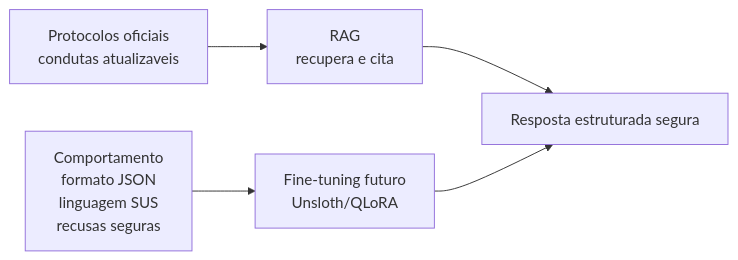
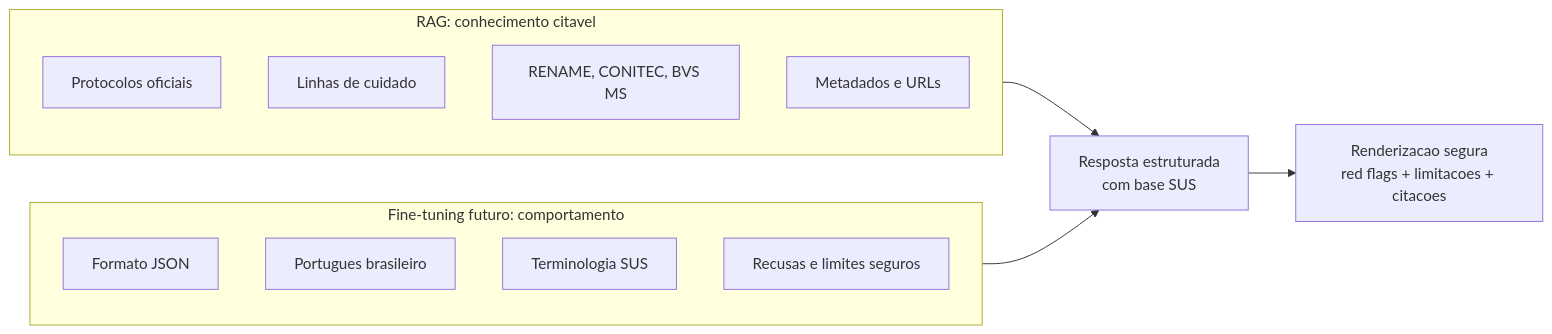
One commit to djairofilho/sus-gemma4 changed the fifth of 6 diagrams in README.md. Above: the diagram before and after it, drawn with Mermaid. The commit also changed other lines of this file, not shown here.

First line of the commit message:
docs(readme): clarify project audience and architecture

````diff
--- a/README.md
+++ b/README.md
@@ -98,7 +238,20 @@
 ```mermaid
 flowchart LR
-  A[Protocolos oficiais\ncondutas atualizaveis] --> RAG[RAG\nrecupera e cita]
-  B[Comportamento\nformato JSON\nlinguagem SUS\nrecusas seguras] --> FT[Fine-tuning futuro\nUnsloth/QLoRA]
-  RAG --> OUT[Resposta estruturada segura]
-  FT --> OUT
+  subgraph RAGUse[RAG: conhecimento citavel]
+    P1[Protocolos oficiais]
+    P2[Linhas de cuidado]
+    P3[RENAME, CONITEC, BVS MS]
+    P4[Metadados e URLs]
+  end
+
+  subgraph FTUse[Fine-tuning futuro: comportamento]
+    F1[Formato JSON]
+    F2[Portugues brasileiro]
+    F3[Terminologia SUS]
+    F4[Recusas e limites seguros]
+  end
+
+  RAGUse --> RESP[Resposta estruturada\ncom base SUS]
+  FTUse --> RESP
+  RESP --> UI2[Renderizacao segura\nred flags + limitacoes + citacoes]
 ```
````
